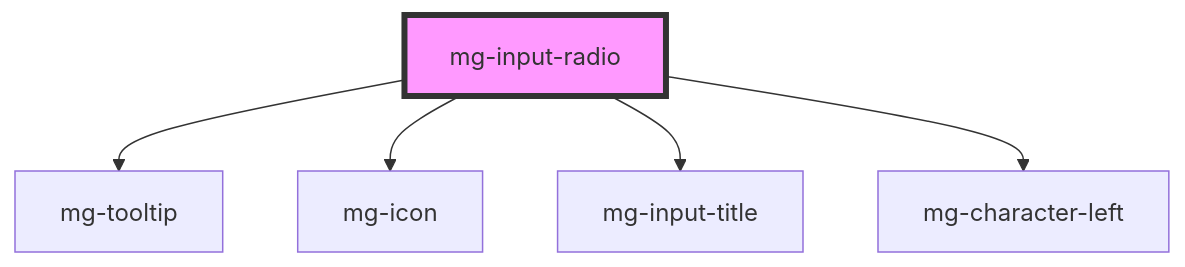
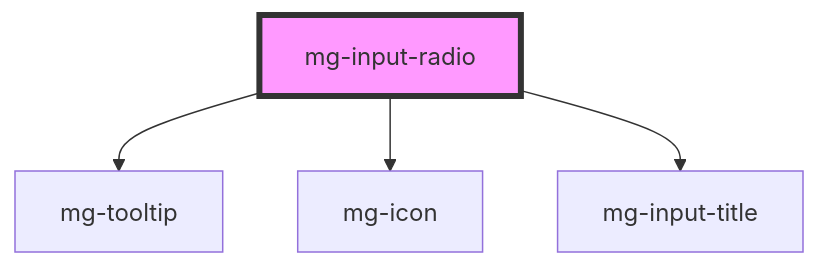
One commit to MGDIS/mg-components changed the diagram in src/components/molecules/inputs/mg-input-radio/readme.md. Above: the diagram before and after it, drawn with Mermaid. The commit also changed other lines of this file and 97 other files, not shown here.

````diff
--- a/src/components/molecules/inputs/mg-input-radio/readme.md
+++ b/src/components/molecules/inputs/mg-input-radio/readme.md
@@ -71,8 +70,7 @@
 ```mermaid
 graph TD;
   mg-input-radio --> mg-tooltip
   mg-input-radio --> mg-icon
   mg-input-radio --> mg-input-title
-  mg-input-radio --> mg-character-left
   style mg-input-radio fill:#f9f,stroke:#333,stroke-width:4px
 ```
````
